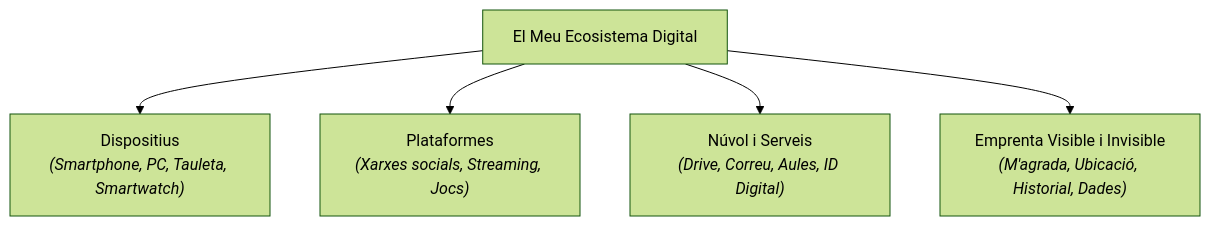
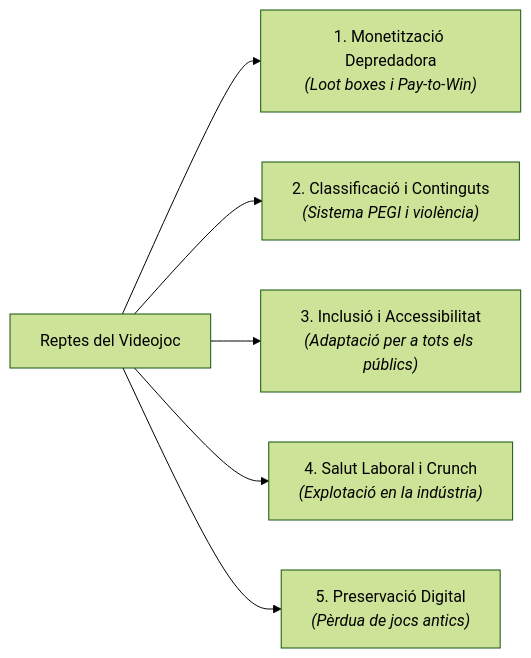
Before and after one commit to joclipe/4-ESO: the sixth of 6 diagrams in Tema 0 - Introducció/introduccion_val.md, drawn with Mermaid (forest theme). The commit also changed other lines of this file and 1 other file, not shown here.

````diff
--- a/Tema 0 - Introducció/introduccion_val.md
+++ b/Tema 0 - Introducció/introduccion_val.md
@@ -244,7 +245,8 @@
 ```mermaid
-graph TD
-    M["El Meu Ecosistema Digital"] --> D["Dispositius<br/><i>(Smartphone, PC, Tauleta, Smartwatch)</i>"]
-    M --> P["Plataformes<br/><i>(Xarxes socials, Streaming, Jocs)</i>"]
-    M --> N["Núvol i Serveis<br/><i>(Drive, Correu, Aules, ID Digital)</i>"]
-    M --> H["Emprenta Visible i Invisible<br/><i>(M'agrada, Ubicació, Historial, Dades)</i>"]
+graph LR
+    R["Reptes del Videojoc"] --> R1["1. Monetització Depredadora<br/><i>(Loot boxes i Pay-to-Win)</i>"]
+    R --> R2["2. Classificació i Continguts<br/><i>(Sistema PEGI i violència)</i>"]
+    R --> R3["3. Inclusió i Accessibilitat<br/><i>(Adaptació per a tots els públics)</i>"]
+    R --> R4["4. Salut Laboral i Crunch<br/><i>(Explotació en la indústria)</i>"]
+    R --> R5["5. Preservació Digital<br/><i>(Pèrdua de jocs antics)</i>"]
 ```
````
